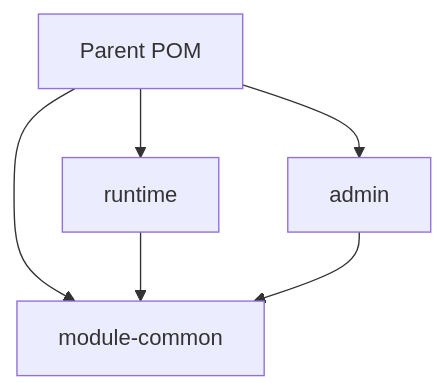
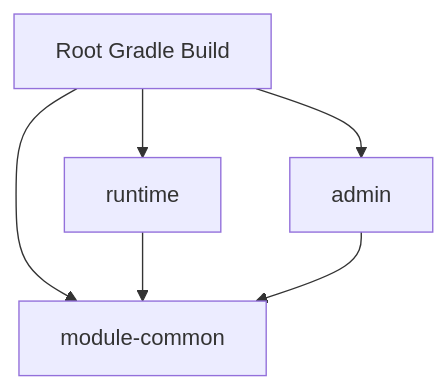
One commit to Team-Microserver/microserver-docs changed the first of 3 diagrams in docs/01_project_start/01_overview/architecture/multi_module_structure.md. Above: the diagram before and after it, drawn with Mermaid. The commit also changed other lines of this file and 30 other files, not shown here.

````diff
--- a/docs/01_project_start/01_overview/architecture/multi_module_structure.md
+++ b/docs/01_project_start/01_overview/architecture/multi_module_structure.md
@@ -93,14 +148,14 @@
 ```mermaid
 flowchart TB
-    ROOT[Parent POM]
+    ROOT[Root Gradle Build]
     COMMON[module-common]
     RUNTIME[runtime]
     ADMIN[admin]
 
     ROOT --> COMMON
     ROOT --> RUNTIME
     ROOT --> ADMIN
 
     RUNTIME --> COMMON
     ADMIN --> COMMON
 ```
````
